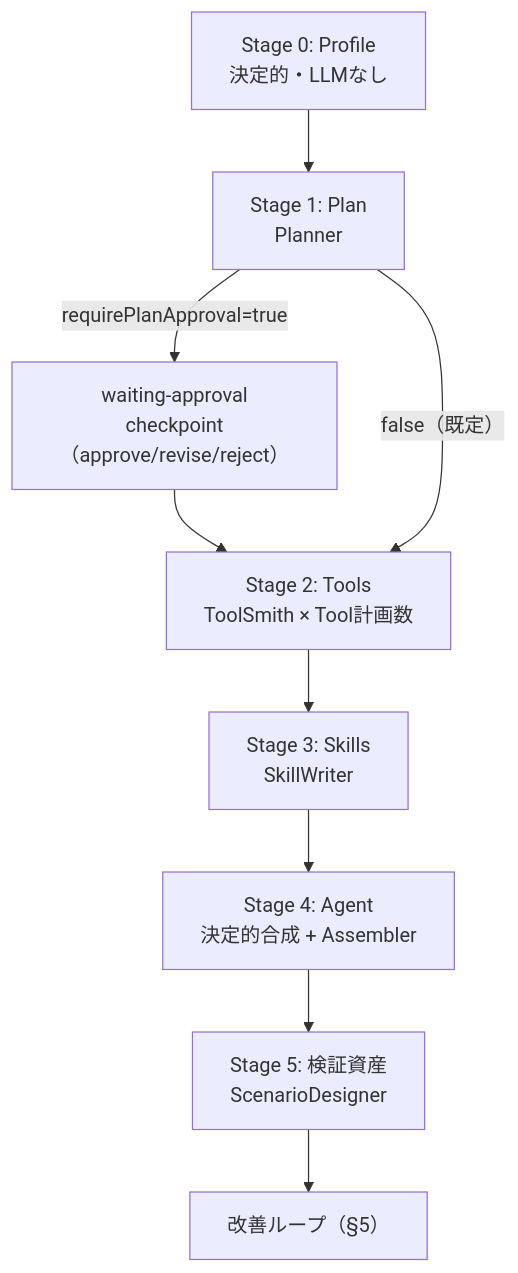
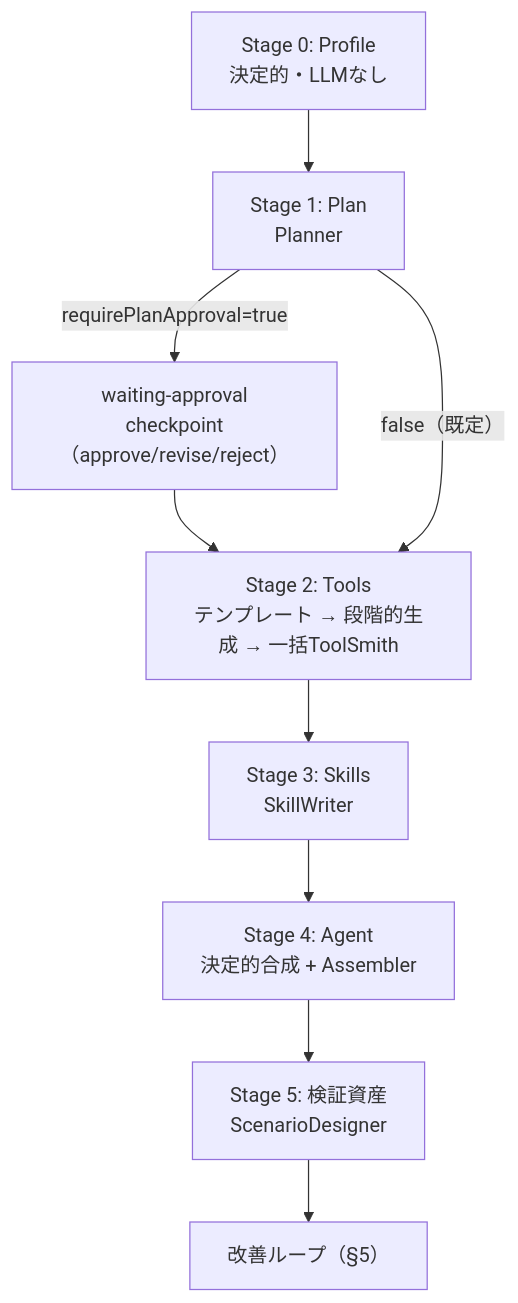
Before and after one commit to yy7613/agentblume: the second of 3 diagrams in docs/16-agent-factory.md, drawn with Mermaid. The commit also changed other lines of this file and 127 other files, not shown here.

````diff
--- a/docs/16-agent-factory.md
+++ b/docs/16-agent-factory.md
@@ -71,11 +71,11 @@
 ```mermaid
 flowchart TB
   S0["Stage 0: Profile<br/>決定的・LLMなし"] --> S1["Stage 1: Plan<br/>Planner"]
   S1 -->|"requirePlanApproval=true"| CP["waiting-approval<br/>checkpoint（approve/revise/reject）"]
   CP --> S2
-  S1 -->|"false（既定）"| S2["Stage 2: Tools<br/>ToolSmith × Tool計画数"]
+  S1 -->|"false（既定）"| S2["Stage 2: Tools<br/>テンプレート → 段階的生成 → 一括ToolSmith"]
   S2 --> S3["Stage 3: Skills<br/>SkillWriter"]
   S3 --> S4["Stage 4: Agent<br/>決定的合成 + Assembler"]
   S4 --> S5["Stage 5: 検証資産<br/>ScenarioDesigner"]
   S5 --> LOOP["改善ループ（§5）"]
 ```
````
